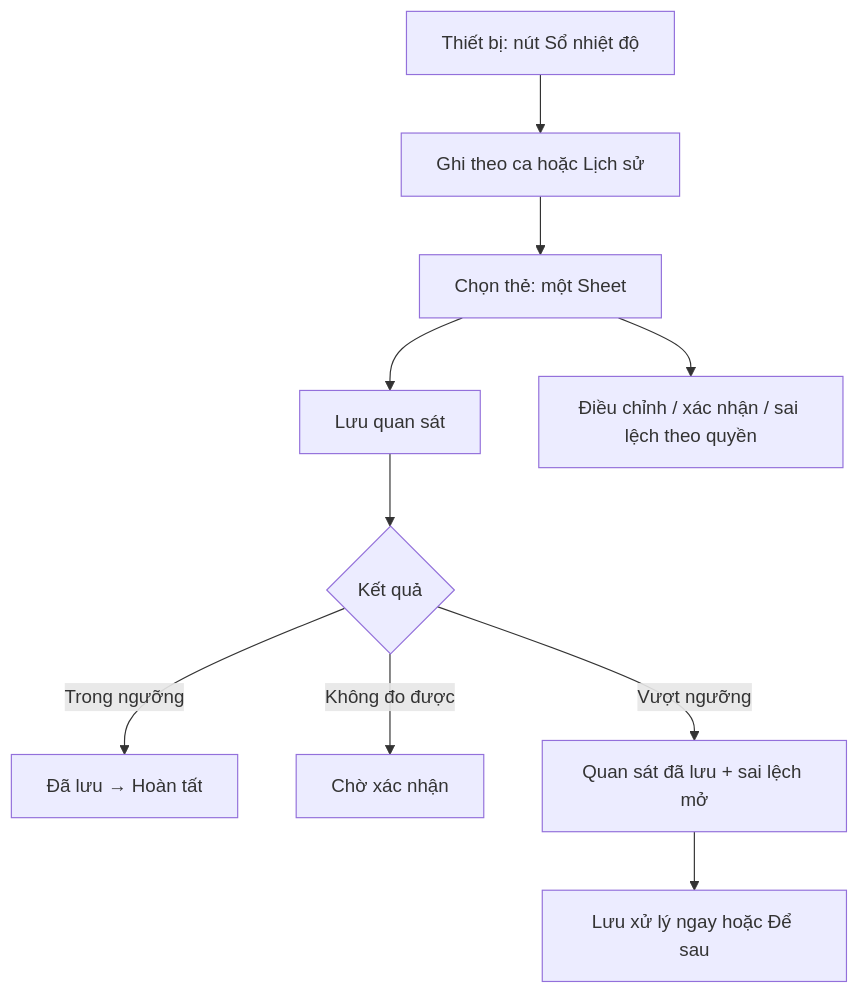
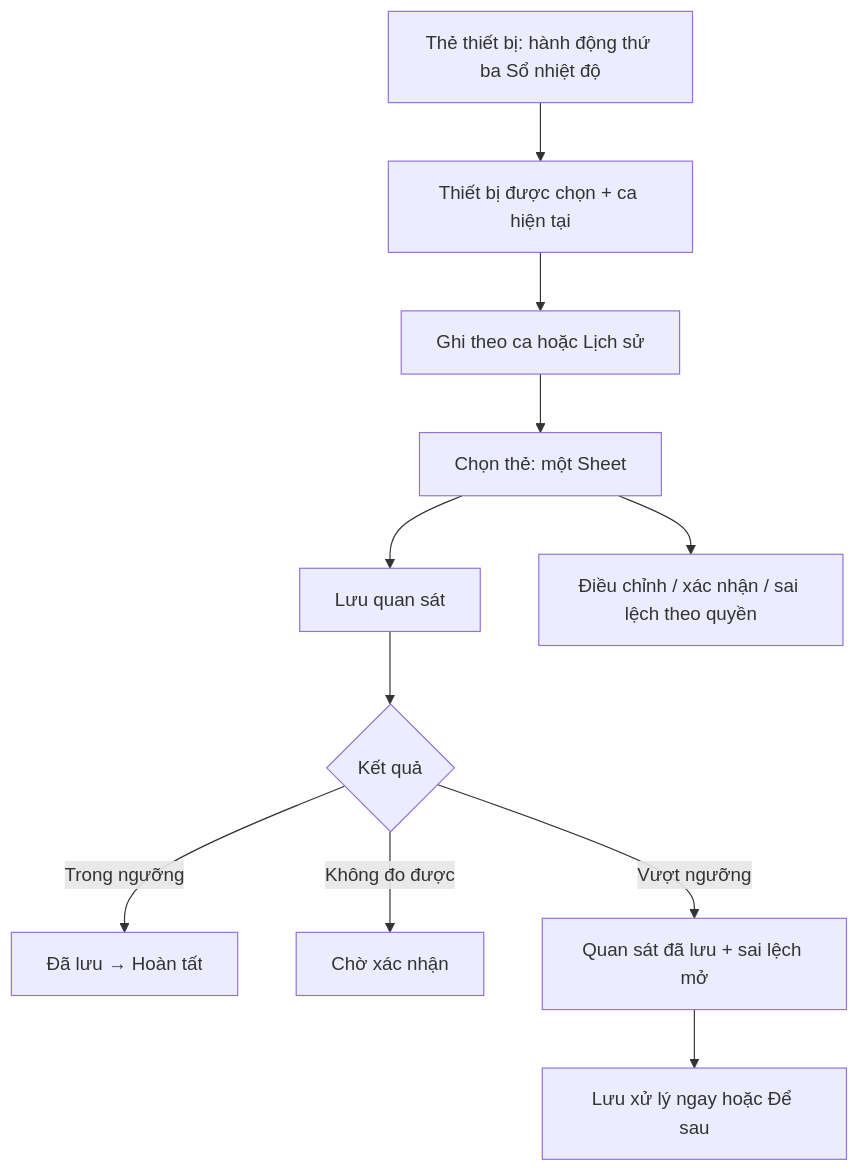
The diagram in docs/specs/temperature-monitoring-tm07-layout.md (thienchi2109/qltbyt-nam-phong), drawn with Mermaid before and after one commit. The commit also changed other lines of this file and 3 other files, not shown here.

````diff
--- a/docs/specs/temperature-monitoring-tm07-layout.md
+++ b/docs/specs/temperature-monitoring-tm07-layout.md
@@ -150,12 +162,13 @@
 ```mermaid
 flowchart TD
-  A[Thiết bị: nút Sổ nhiệt độ] --> B[Ghi theo ca hoặc Lịch sử]
-  B --> C[Chọn thẻ: một Sheet]
+  A[Thẻ thiết bị: hành động thứ ba Sổ nhiệt độ] --> B[Thiết bị được chọn + ca hiện tại]
+  B --> K[Ghi theo ca hoặc Lịch sử]
+  K --> C[Chọn thẻ: một Sheet]
   C --> D[Lưu quan sát]
   D --> E{Kết quả}
   E -->|Trong ngưỡng| F[Đã lưu → Hoàn tất]
   E -->|Không đo được| G[Chờ xác nhận]
   E -->|Vượt ngưỡng| H[Quan sát đã lưu + sai lệch mở]
   H --> I[Lưu xử lý ngay hoặc Để sau]
   C --> J[Điều chỉnh / xác nhận / sai lệch theo quyền]
 ```
````
